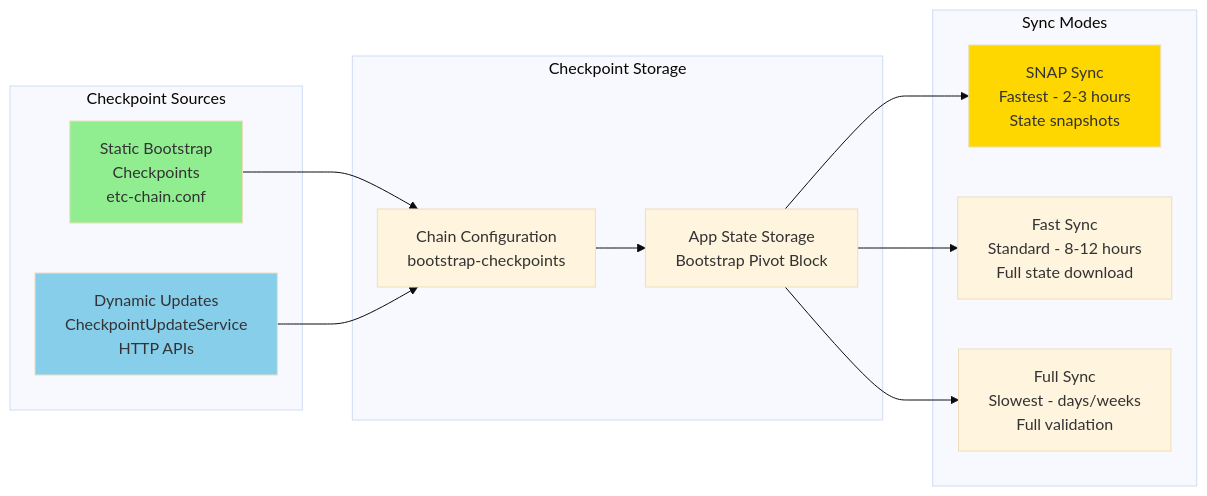
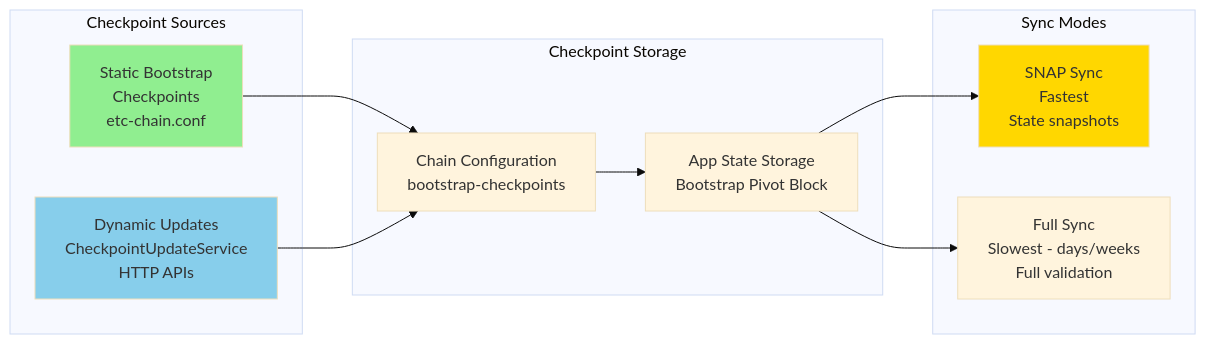
One commit to chippr-robotics/fukuii changed the second of 2 diagrams in docs/runbooks/checkpoint-service.md. Above: the diagram before and after it, drawn with Mermaid (base theme). The commit also changed other lines of this file and 17 other files, not shown here.

First line of the commit message:
docs: remove fast sync from the operator docs; add the upgrade note

````diff
--- a/docs/runbooks/checkpoint-service.md
+++ b/docs/runbooks/checkpoint-service.md
@@ -120,29 +121,27 @@
 ```mermaid
 graph LR
     subgraph "Checkpoint Sources"
         Static[Static Bootstrap<br/>Checkpoints<br/>etc-chain.conf]
         Dynamic[Dynamic Updates<br/>CheckpointUpdateService<br/>HTTP APIs]
     end
     
     subgraph "Checkpoint Storage"
         Config[Chain Configuration<br/>bootstrap-checkpoints]
         AppState[App State Storage<br/>Bootstrap Pivot Block]
     end
     
     subgraph "Sync Modes"
-        SNAP[SNAP Sync<br/>Fastest - 2-3 hours<br/>State snapshots]
-        Fast[Fast Sync<br/>Standard - 8-12 hours<br/>Full state download]
+        SNAP[SNAP Sync<br/>Fastest<br/>State snapshots]
         Full[Full Sync<br/>Slowest - days/weeks<br/>Full validation]
     end
     
     Static --> Config
     Dynamic --> Config
     Config --> AppState
     AppState --> SNAP
-    AppState --> Fast
     AppState --> Full
     
     style Static fill:#90EE90
     style Dynamic fill:#87CEEB
     style SNAP fill:#FFD700
 ```
````
